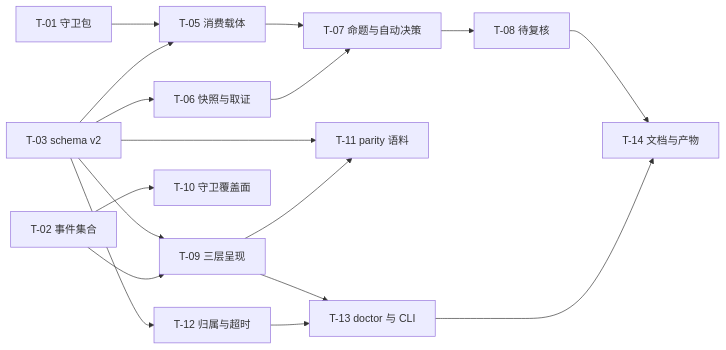
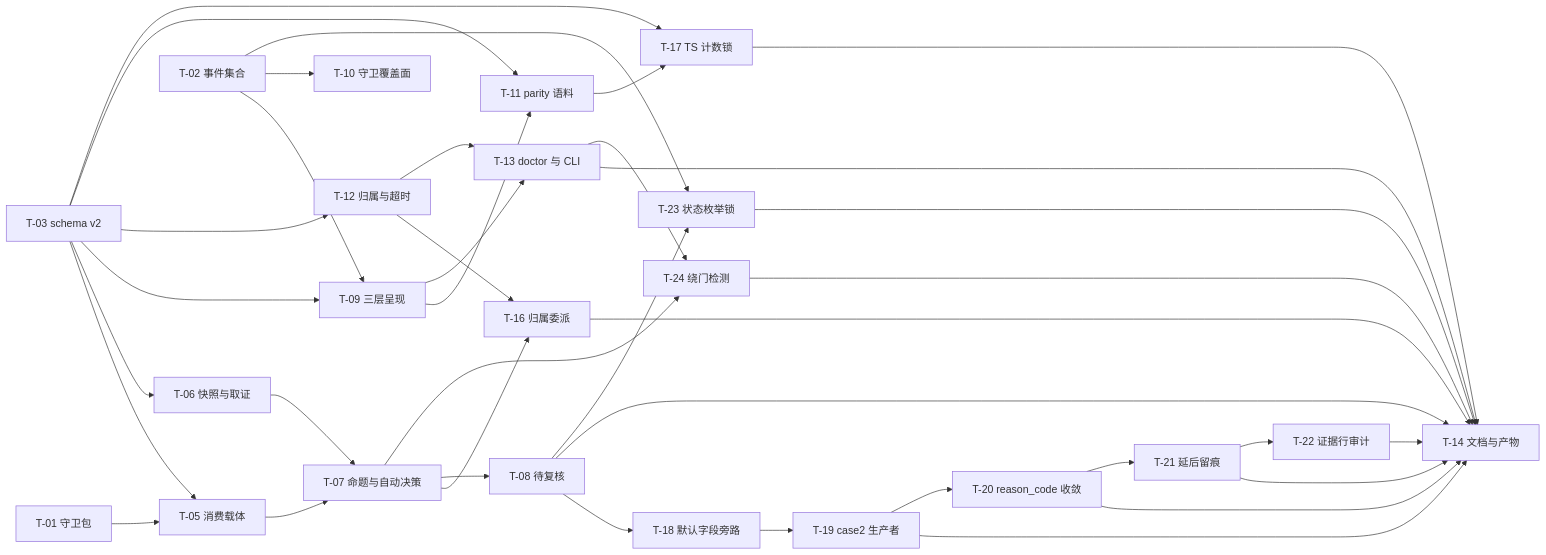
The diagram in .agenticdoc/mw-autopilot-slot-capacity/plan.md (wenbocode/Multi-Workers), drawn with Mermaid before and after one commit. The commit also changed other lines of this file and 74 other files, not shown here.

````diff
--- a/.agenticdoc/mw-autopilot-slot-capacity/plan.md
+++ b/.agenticdoc/mw-autopilot-slot-capacity/plan.md
@@ -113,19 +135,40 @@
 ```mermaid
 graph LR
     T01["T-01 守卫包"] --> T05["T-05 消费载体"]
     T03["T-03 schema v2"] --> T05
     T03 --> T06["T-06 快照与取证"]
     T03 --> T09["T-09 三层呈现"]
     T02["T-02 事件集合"] --> T09
     T02 --> T10["T-10 守卫覆盖面"]
     T03 --> T12["T-12 归属与超时"]
     T05 --> T07["T-07 命题与自动决策"]
     T06 --> T07
     T03 --> T11["T-11 parity 语料"]
     T09 --> T11
     T09 --> T13["T-13 doctor 与 CLI"]
+    T07 --> T16["T-16 归属委派"]
+    T12 --> T16
+    T16 --> T14["T-14 文档与产物"]
+    T03 --> T17["T-17 TS 计数锁"]
+    T11 --> T17
+    T17 --> T14
+    T08 --> T18["T-18 默认字段旁路"]
+    T18 --> T19["T-19 case2 生产者"]
+    T19 --> T14
+    T19 --> T20["T-20 reason_code 收敛"]
+    T20 --> T14
+    T20 --> T21["T-21 延后留痕"]
+    T21 --> T14
+    T21 --> T22["T-22 证据行审计"]
+    T22 --> T14
     T12 --> T13
     T07 --> T08["T-08 待复核"]
     T08 --> T14["T-14 文档与产物"]
     T13 --> T14
+    T02 --> T23["T-23 状态枚举锁"]
+    T08 --> T23
+    T23 --> T14
+    T13 --> T24["T-24 绕门检测"]
+    T07 --> T24
+    T24 --> T14
 ```
````
